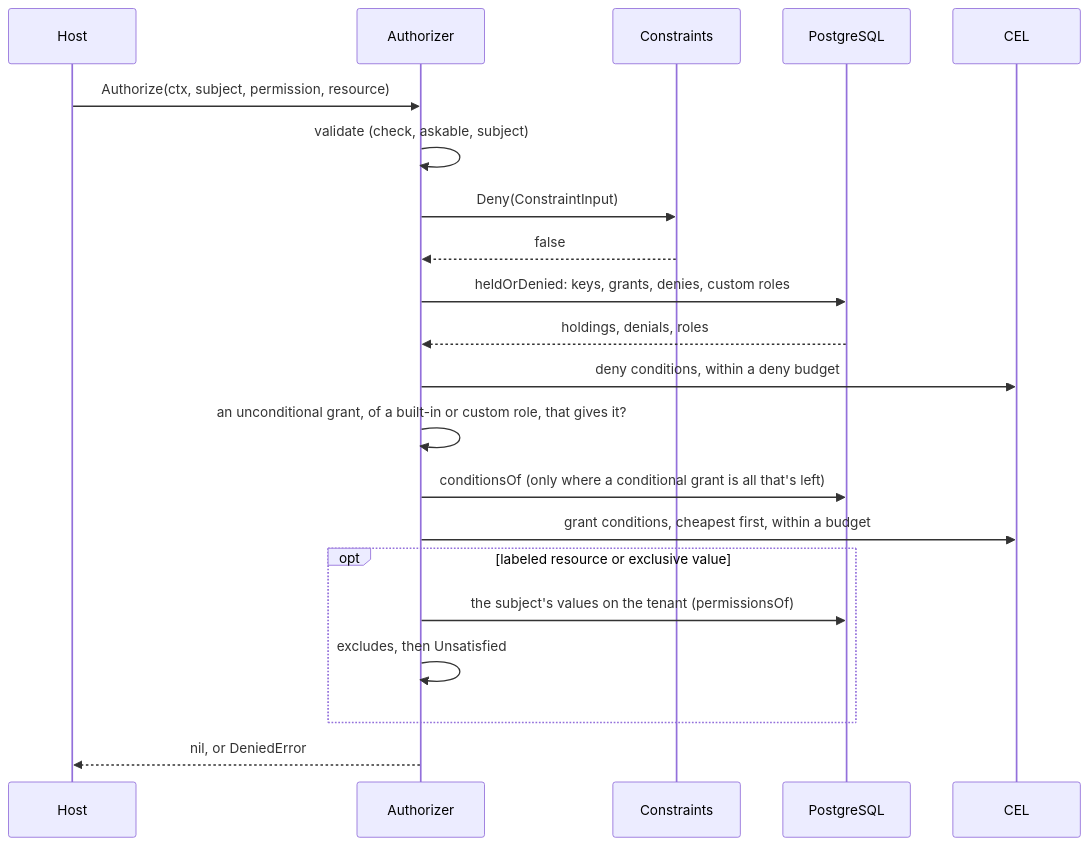
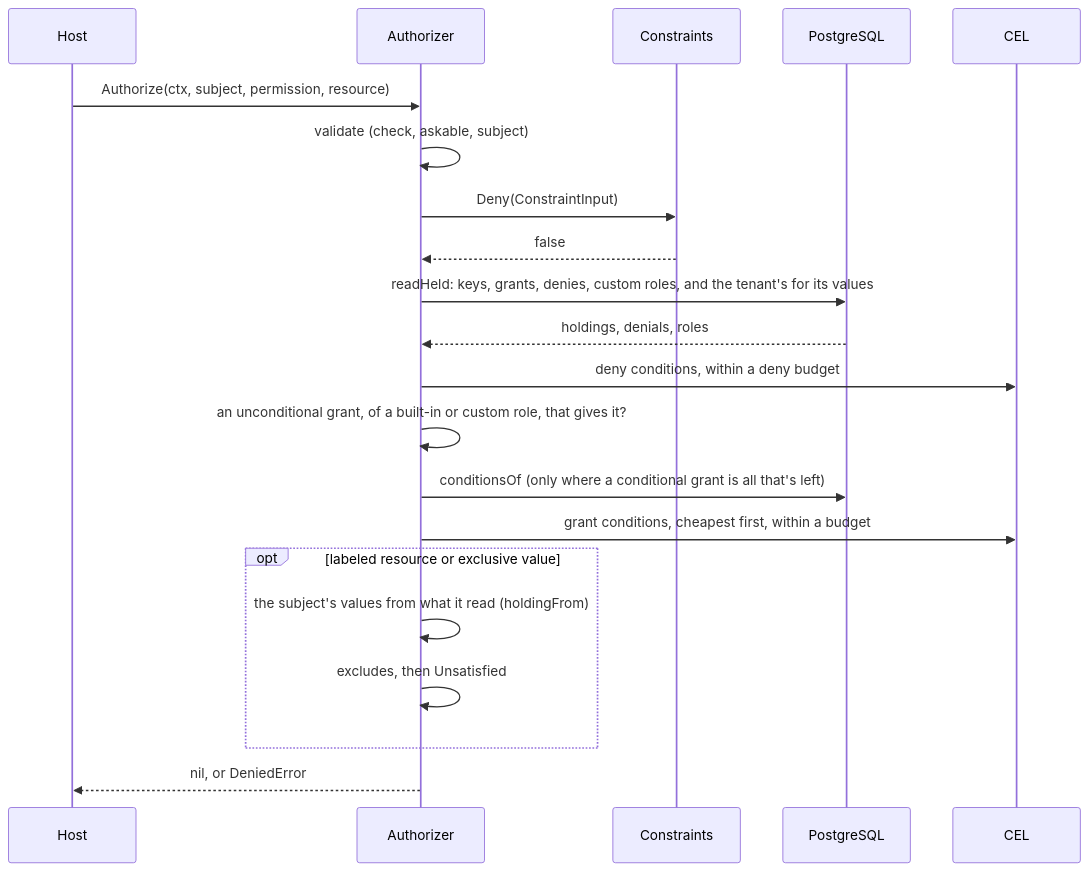
Before and after one commit to parallelworks/rbac: the seventh of 13 diagrams in docs/architecture.md, drawn with Mermaid. The commit also changed other lines of this file and 14 other files, not shown here.

Commit message:
fix: checks and changes allow a labeled resource no single moment allowed, an actor can't hand on a label value a deny reading the tenant's id leaves it, Holders of a labeled resource takes seconds, and a note-only grant change is refused for exclusive values (#67)

````diff
--- a/docs/architecture.md
+++ b/docs/architecture.md
@@ -331,23 +333,23 @@
 ```mermaid
 sequenceDiagram
     participant H as Host
     participant A as Authorizer
     participant C as Constraints
     participant DB as PostgreSQL
     participant E as CEL
     H->>A: Authorize(ctx, subject, permission, resource)
     A->>A: validate (check, askable, subject)
     A->>C: Deny(ConstraintInput)
     C-->>A: false
-    A->>DB: heldOrDenied: keys, grants, denies, custom roles
+    A->>DB: readHeld: keys, grants, denies, custom roles, and the tenant's for its values
     DB-->>A: holdings, denials, roles
     A->>E: deny conditions, within a deny budget
     A->>A: an unconditional grant, of a built-in or custom role, that gives it?
     A->>DB: conditionsOf (only where a conditional grant is all that's left)
     A->>E: grant conditions, cheapest first, within a budget
     opt labeled resource or exclusive value
-        A->>DB: the subject's values on the tenant (permissionsOf)
+        A->>A: the subject's values from what it read (holdingFrom)
         A->>A: excludes, then Unsatisfied
     end
     A-->>H: nil, or DeniedError
 ```
````
